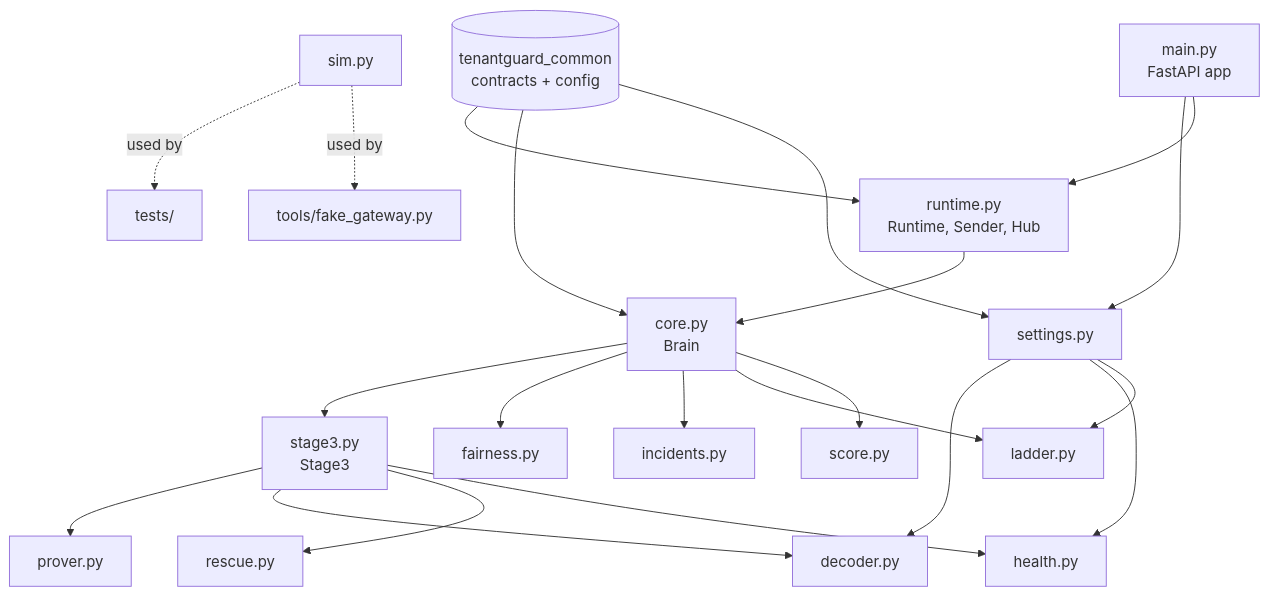
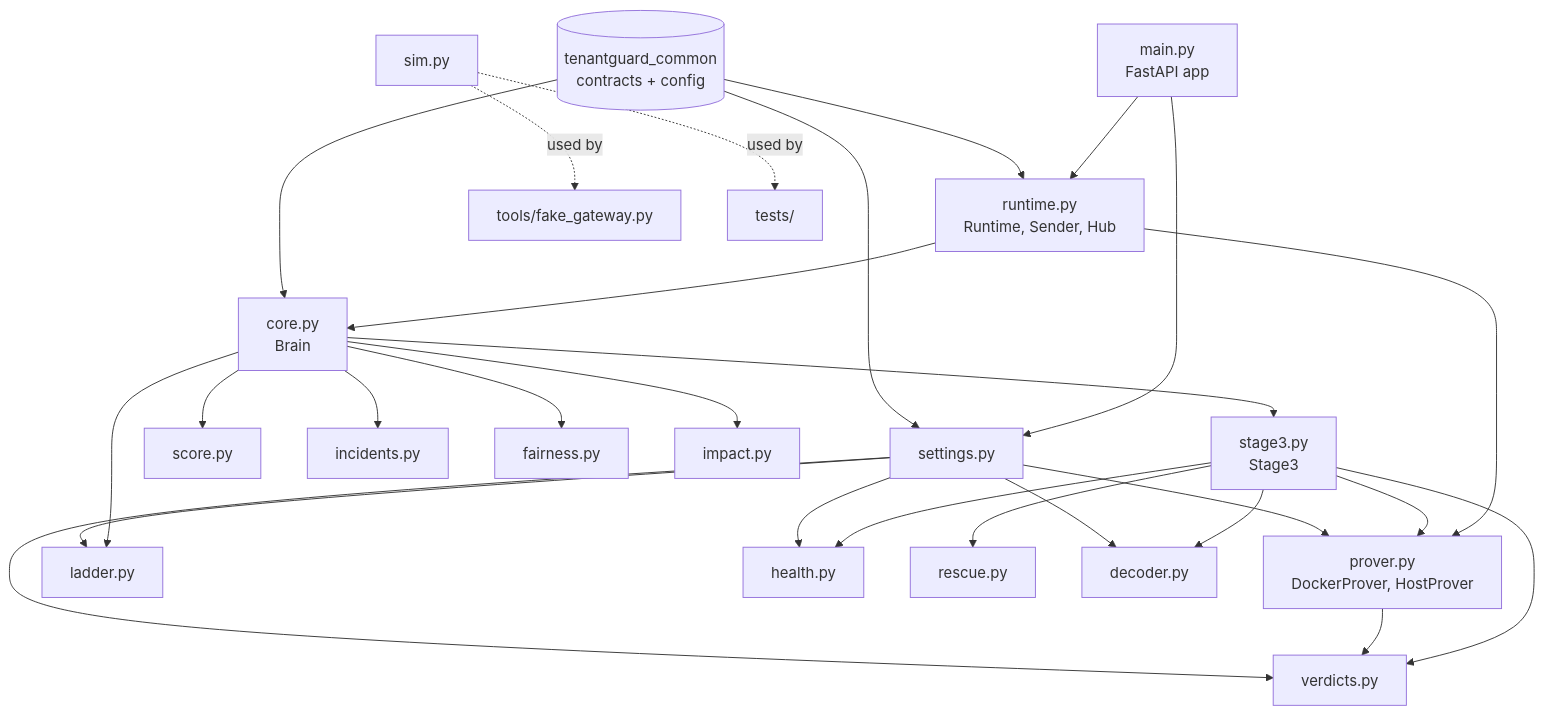
One commit to yashodeepchaudhari/tenantguard changed the first of 3 diagrams in prototype-docs/11_FILES_brain.md. Above: the diagram before and after it, drawn with Mermaid. The commit also changed other lines of this file and 23 other files, not shown here.

Commit message:
Prototype docs: catalogs, sequences, config, risks and testing describe the final master; new billing catalog

````diff
--- a/prototype-docs/11_FILES_brain.md
+++ b/prototype-docs/11_FILES_brain.md
@@ -53,23 +55,29 @@
 ```mermaid
 flowchart TD
   main[main.py<br/>FastAPI app] --> runtime[runtime.py<br/>Runtime, Sender, Hub]
   main --> settings[settings.py]
   runtime --> core[core.py<br/>Brain]
+  runtime --> prover[prover.py<br/>DockerProver, HostProver]
   core --> score[score.py]
   core --> ladder[ladder.py]
   core --> incidents[incidents.py]
   core --> fairness[fairness.py]
+  core --> impact[impact.py]
   core --> stage3[stage3.py<br/>Stage3]
   stage3 --> health[health.py]
   stage3 --> rescue[rescue.py]
   stage3 --> decoder[decoder.py]
-  stage3 --> prover[prover.py]
+  stage3 --> verdicts[verdicts.py]
+  stage3 --> prover
+  prover --> verdicts
   settings --> ladder
   settings --> health
   settings --> decoder
+  settings --> verdicts
+  settings --> prover
   sim[sim.py] -.used by.-> fake[tools/fake_gateway.py]
   sim -.used by.-> tests[tests/]
   common[(tenantguard_common<br/>contracts + config)] --> settings
   common --> core
   common --> runtime
 ```
````
